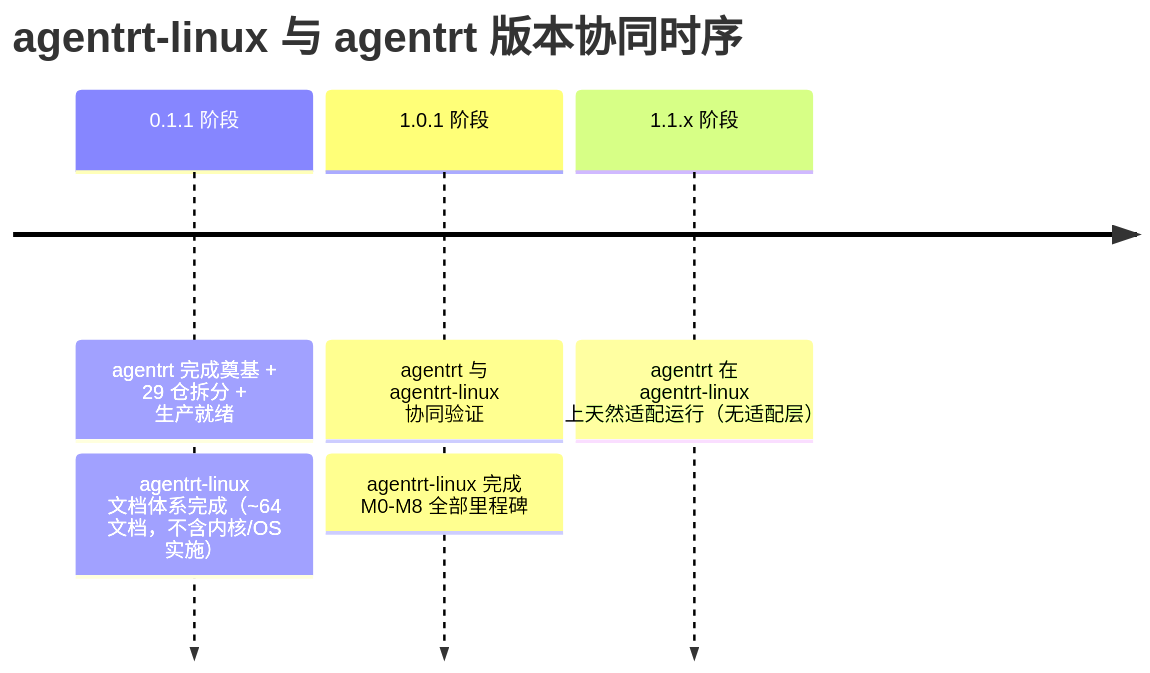
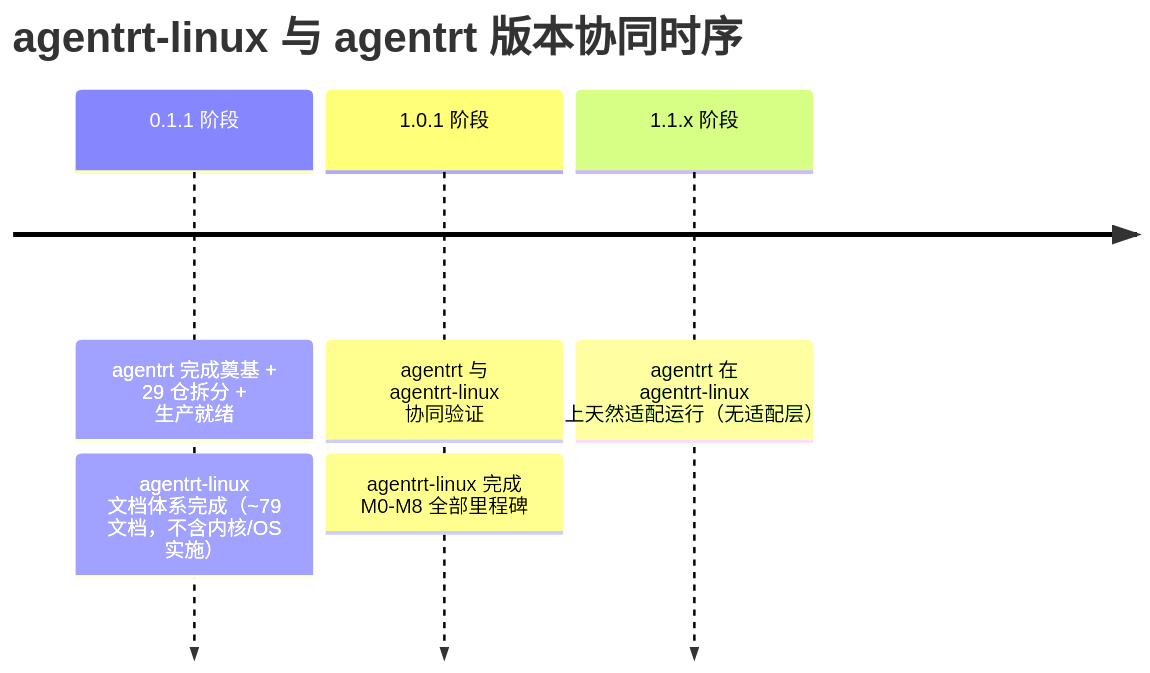
One commit to SpharxTeam/Docs changed the second of 2 diagrams in AirymaxOS/130-roadmap/README.md. Above: the diagram before and after it, drawn with Mermaid. The commit also changed other lines of this file and 217 other files, not shown here.

````diff
--- a/AirymaxOS/130-roadmap/README.md
+++ b/AirymaxOS/130-roadmap/README.md
@@ -245,9 +245,9 @@
 ```mermaid
 timeline
     title agentrt-linux 与 agentrt 版本协同时序
     0.1.1 阶段 : agentrt 完成奠基 + 29 仓拆分 + 生产就绪
-              : agentrt-linux 文档体系完成（~64 文档，不含内核/OS 实施）
+              : agentrt-linux 文档体系完成（~79 文档，不含内核/OS 实施）
     1.0.1 阶段 : agentrt 与 agentrt-linux 协同验证
               : agentrt-linux 完成 M0-M8 全部里程碑
     1.1.x 阶段 : agentrt 在 agentrt-linux 上天然适配运行（无适配层）
 ```
````
